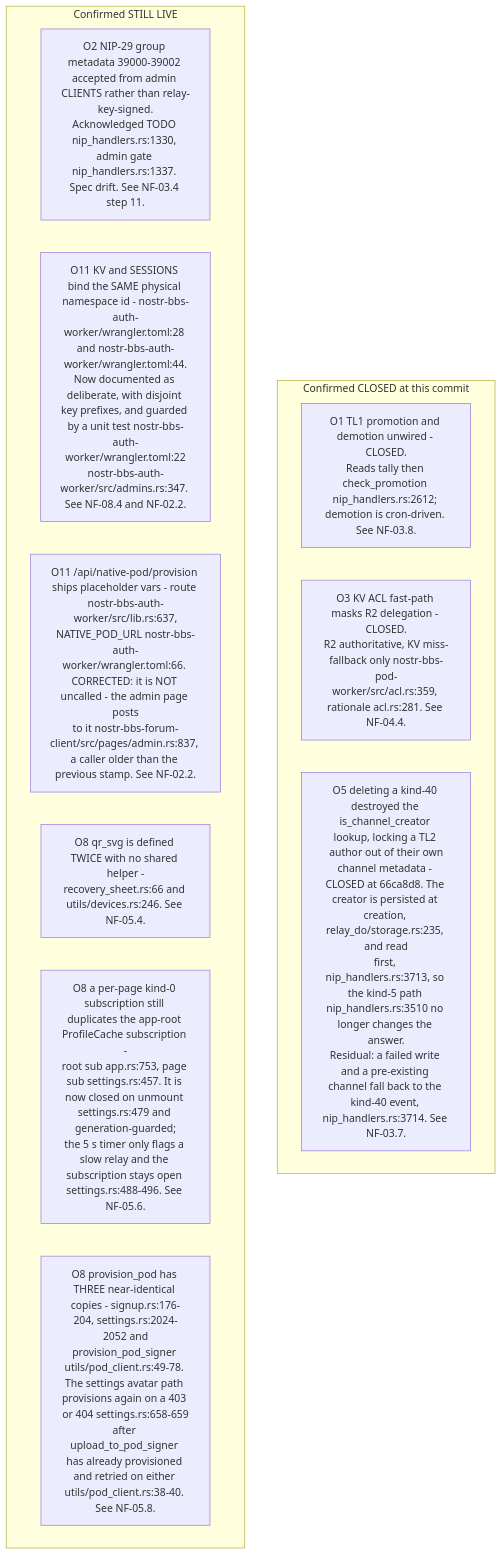
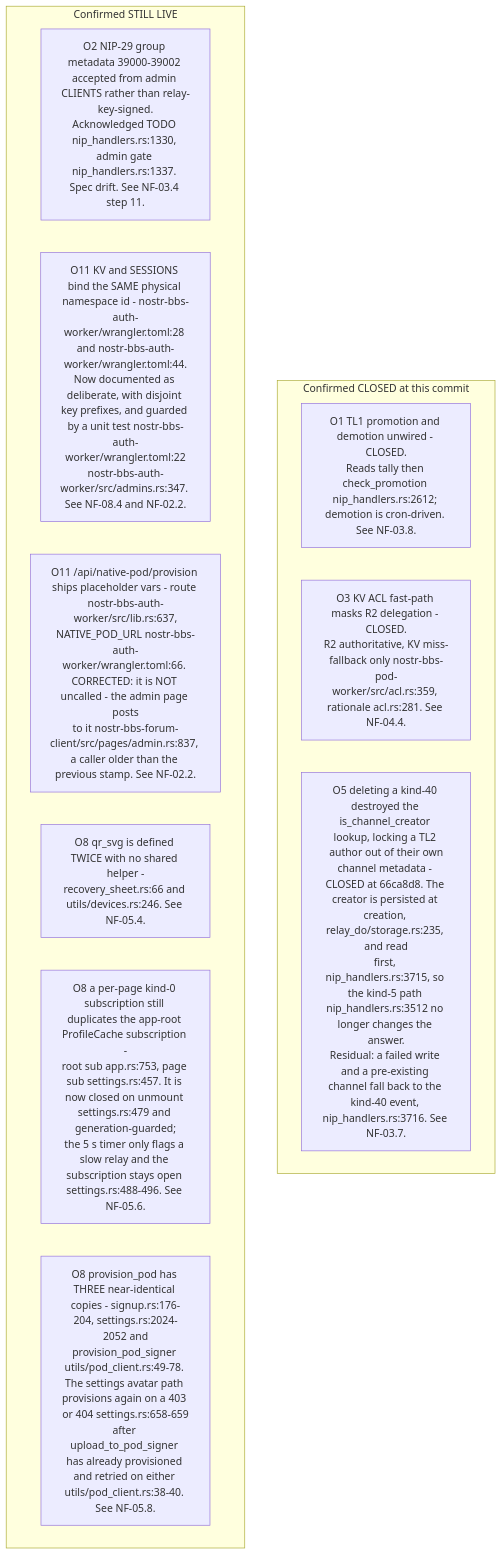
Before and after one commit to DreamLab-AI/VisionFlow: the third of 15 diagrams in docs/diagrams/nostr-rust-forum/10-invariants-and-anomaly-register.md, drawn with Mermaid. The commit also changed other lines of this file and 11 other files, not shown here.

````diff
--- a/docs/diagrams/nostr-rust-forum/10-invariants-and-anomaly-register.md
+++ b/docs/diagrams/nostr-rust-forum/10-invariants-and-anomaly-register.md
@@ -154,16 +154,16 @@
 ```mermaid
 flowchart TB
     subgraph closed["Confirmed CLOSED at this commit"]
         O1["O1 TL1 promotion and demotion unwired - CLOSED.<br/>Reads tally then check_promotion nip_handlers.rs:2612; demotion is cron-driven. See NF-03.8."]
         O3["O3 KV ACL fast-path masks R2 delegation - CLOSED.<br/>R2 authoritative, KV miss-fallback only nostr-bbs-pod-worker/src/acl.rs:359, rationale acl.rs:281. See NF-04.4."]
-        O5["O5 deleting a kind-40 destroyed the is_channel_creator lookup, locking a TL2 author out of their own<br/>channel metadata - CLOSED at 66ca8d8. The creator is persisted at creation, relay_do/storage.rs:235, and read<br/>first, nip_handlers.rs:3713, so the kind-5 path nip_handlers.rs:3510 no longer changes the answer.<br/>Residual: a failed write and a pre-existing channel fall back to the kind-40 event, nip_handlers.rs:3714. See NF-03.7."]
+        O5["O5 deleting a kind-40 destroyed the is_channel_creator lookup, locking a TL2 author out of their own<br/>channel metadata - CLOSED at 66ca8d8. The creator is persisted at creation, relay_do/storage.rs:235, and read<br/>first, nip_handlers.rs:3715, so the kind-5 path nip_handlers.rs:3512 no longer changes the answer.<br/>Residual: a failed write and a pre-existing channel fall back to the kind-40 event, nip_handlers.rs:3716. See NF-03.7."]
     end
     subgraph live["Confirmed STILL LIVE"]
         O2["O2 NIP-29 group metadata 39000-39002 accepted from admin CLIENTS rather than relay-key-signed.<br/>Acknowledged TODO nip_handlers.rs:1330, admin gate nip_handlers.rs:1337. Spec drift. See NF-03.4 step 11."]
         O11a["O11 KV and SESSIONS bind the SAME physical namespace id - nostr-bbs-auth-worker/wrangler.toml:28 and nostr-bbs-auth-worker/wrangler.toml:44.<br/>Now documented as deliberate, with disjoint key prefixes, and guarded by a unit test nostr-bbs-auth-worker/wrangler.toml:22<br/>nostr-bbs-auth-worker/src/admins.rs:347. See NF-08.4 and NF-02.2."]
         O11b["O11 /api/native-pod/provision ships placeholder vars - route nostr-bbs-auth-worker/src/lib.rs:637,<br/>NATIVE_POD_URL nostr-bbs-auth-worker/wrangler.toml:66. CORRECTED: it is NOT uncalled - the admin page posts<br/>to it nostr-bbs-forum-client/src/pages/admin.rs:837, a caller older than the previous stamp. See NF-02.2."]
         O8a["O8 qr_svg is defined TWICE with no shared helper -<br/>recovery_sheet.rs:66 and utils/devices.rs:246. See NF-05.4."]
         O8b["O8 a per-page kind-0 subscription still duplicates the app-root ProfileCache subscription -<br/>root sub app.rs:753, page sub settings.rs:457. It is now closed on unmount settings.rs:479 and generation-guarded;<br/>the 5 s timer only flags a slow relay and the subscription stays open settings.rs:488-496. See NF-05.6."]
         O8c["O8 provision_pod has THREE near-identical copies - signup.rs:176-204, settings.rs:2024-2052 and<br/>provision_pod_signer utils/pod_client.rs:49-78. The settings avatar path provisions again on a 403 or 404 settings.rs:658-659<br/>after upload_to_pod_signer has already provisioned and retried on either utils/pod_client.rs:38-40. See NF-05.8."]
     end
 ```
````
